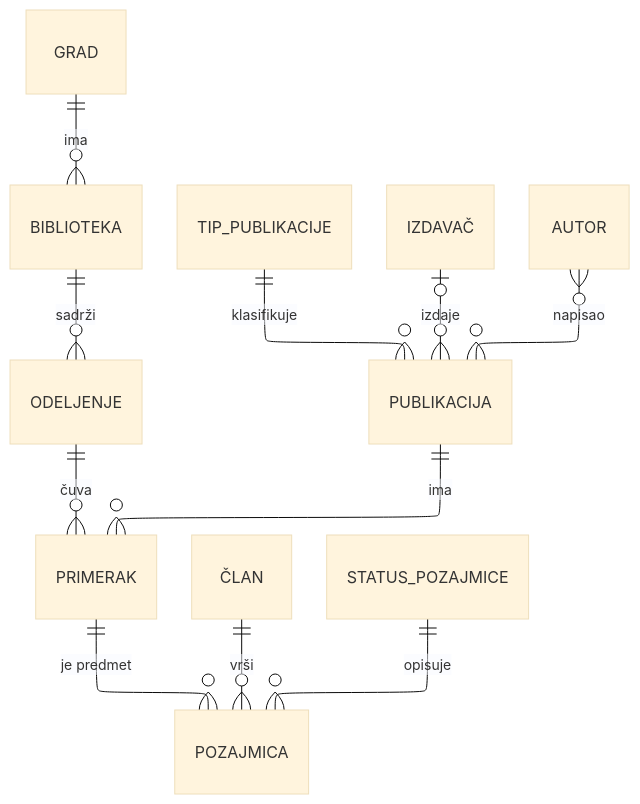
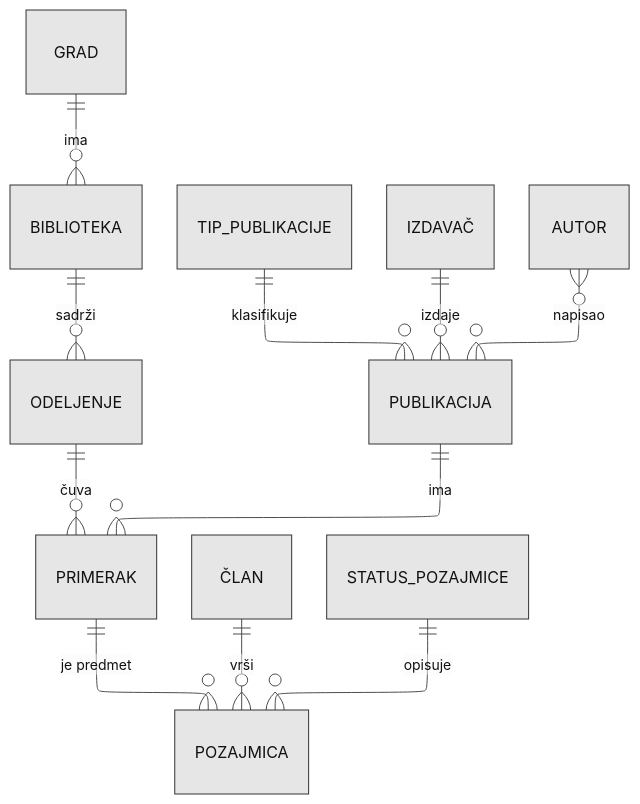
One commit to matijakljajic/sedsuns changed the diagram in db/oltp/00_logical_model.mmd. Above: the diagram before and after it, drawn with Mermaid. The commit also changed 3 other files, not shown here.

```diff
--- a/db/oltp/00_logical_model.mmd
+++ b/db/oltp/00_logical_model.mmd
@@ -1,24 +1,38 @@
 ---
 config:
   theme: base
+  themeVariables:
+    background: '#FFFFFF'
+    primaryColor: '#E6E6E6'
+    primaryTextColor: '#111111'
+    primaryBorderColor: '#333333'
+    secondaryColor: '#F2F2F2'
+    secondaryTextColor: '#111111'
+    secondaryBorderColor: '#555555'
+    tertiaryColor: '#FAFAFA'
+    tertiaryTextColor: '#111111'
+    tertiaryBorderColor: '#666666'
+    lineColor: '#4D4D4D'
+    edgeLabelBackground: '#FFFFFF'
+    fontFamily: 'Liberation Serif, Times New Roman, serif'
   layout: elk
   elk:
     layoutDirection: TB
     nodeSpacing: 80
     rankSpacing: 80
 ---
 
 erDiagram
     GRAD ||--o{ BIBLIOTEKA : "ima"
     BIBLIOTEKA ||--o{ ODELJENJE : "sadrži"
     ODELJENJE ||--o{ PRIMERAK : "čuva"
 
     TIP_PUBLIKACIJE ||--o{ PUBLIKACIJA : "klasifikuje"
-    IZDAVAČ o|--o{ PUBLIKACIJA : "izdaje"
+    IZDAVAČ ||--o{ PUBLIKACIJA : "izdaje"
     AUTOR }o--o{ PUBLIKACIJA : "napisao"
 
     PUBLIKACIJA ||--o{ PRIMERAK : "ima"
 
     ČLAN ||--o{ POZAJMICA : "vrši"
     PRIMERAK ||--o{ POZAJMICA : "je predmet"
     STATUS_POZAJMICE ||--o{ POZAJMICA : "opisuje"
```
